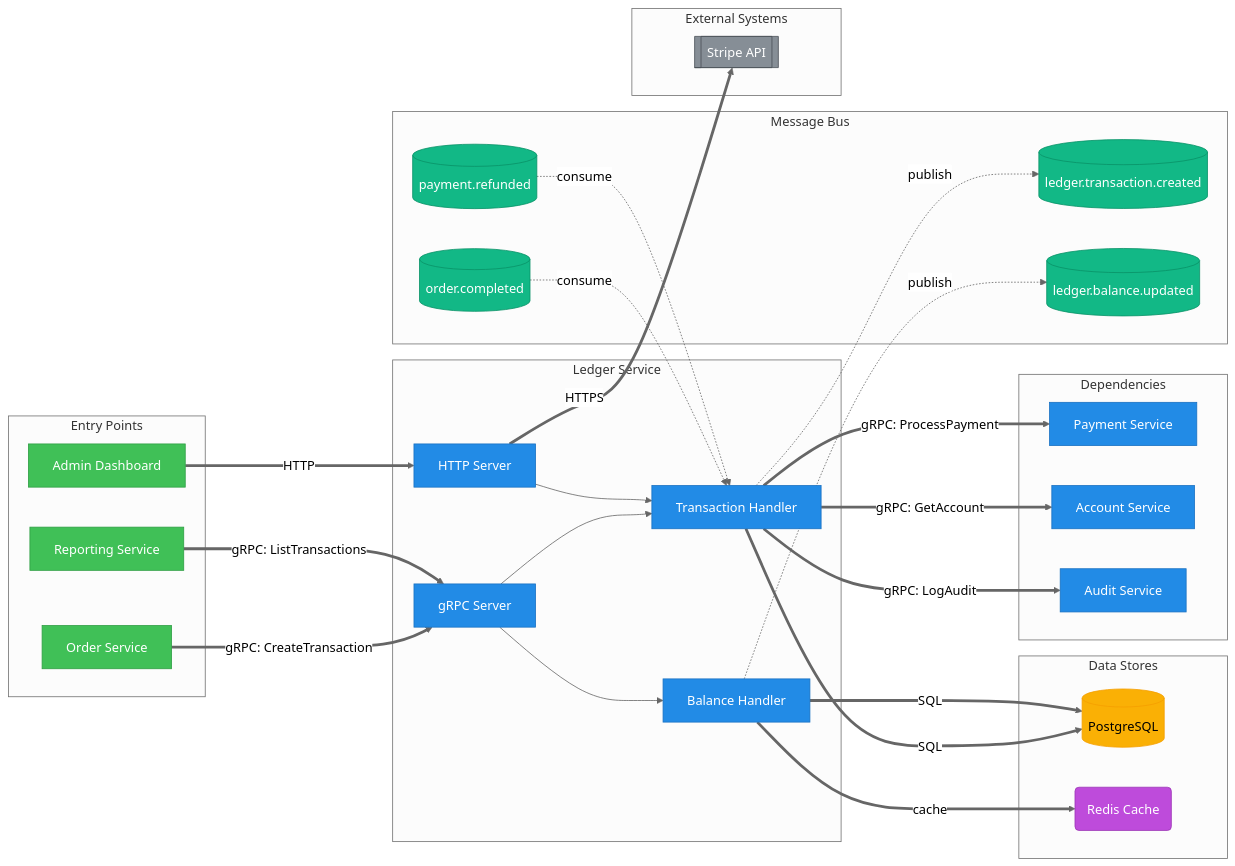
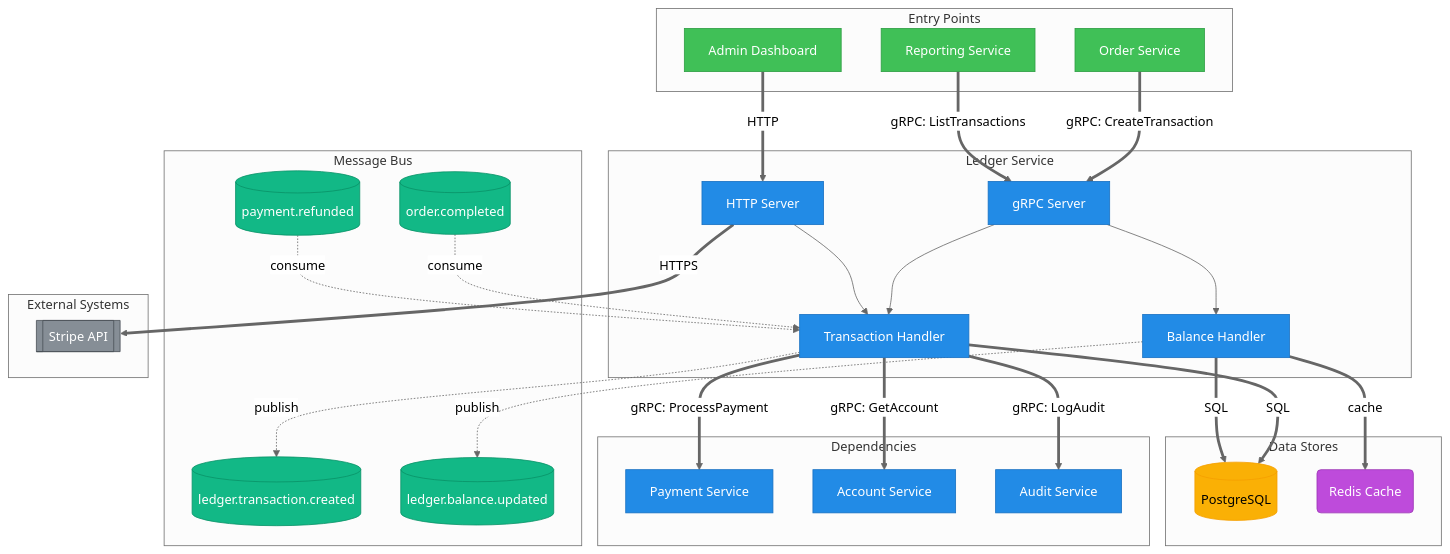
Before and after one commit to selimabeniacar/gemini-skills: the diagram in examples/diagram-example.md, drawn with Mermaid (neutral theme). The commit also changed 6 other files, not shown here.

````diff
--- a/examples/diagram-example.md
+++ b/examples/diagram-example.md
@@ -10,5 +10,5 @@
 ```mermaid
-flowchart LR
+flowchart TD
     %% ========================================
     %% Style Definitions
     %% ========================================
````
